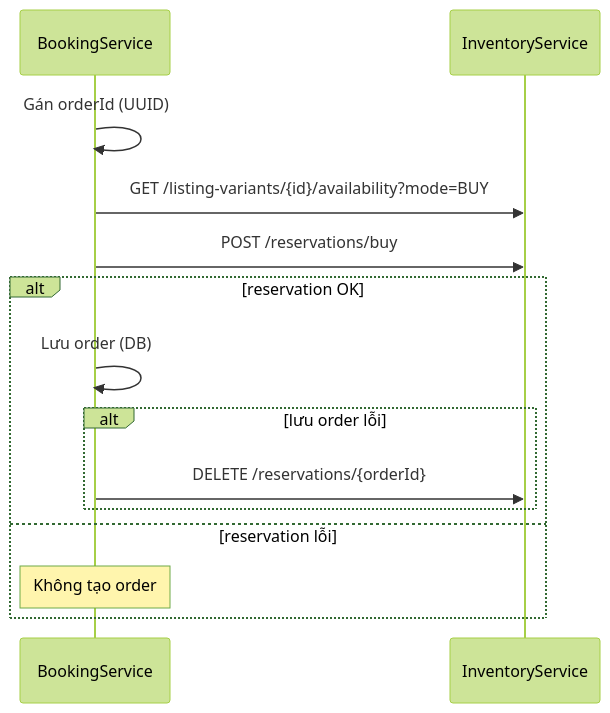
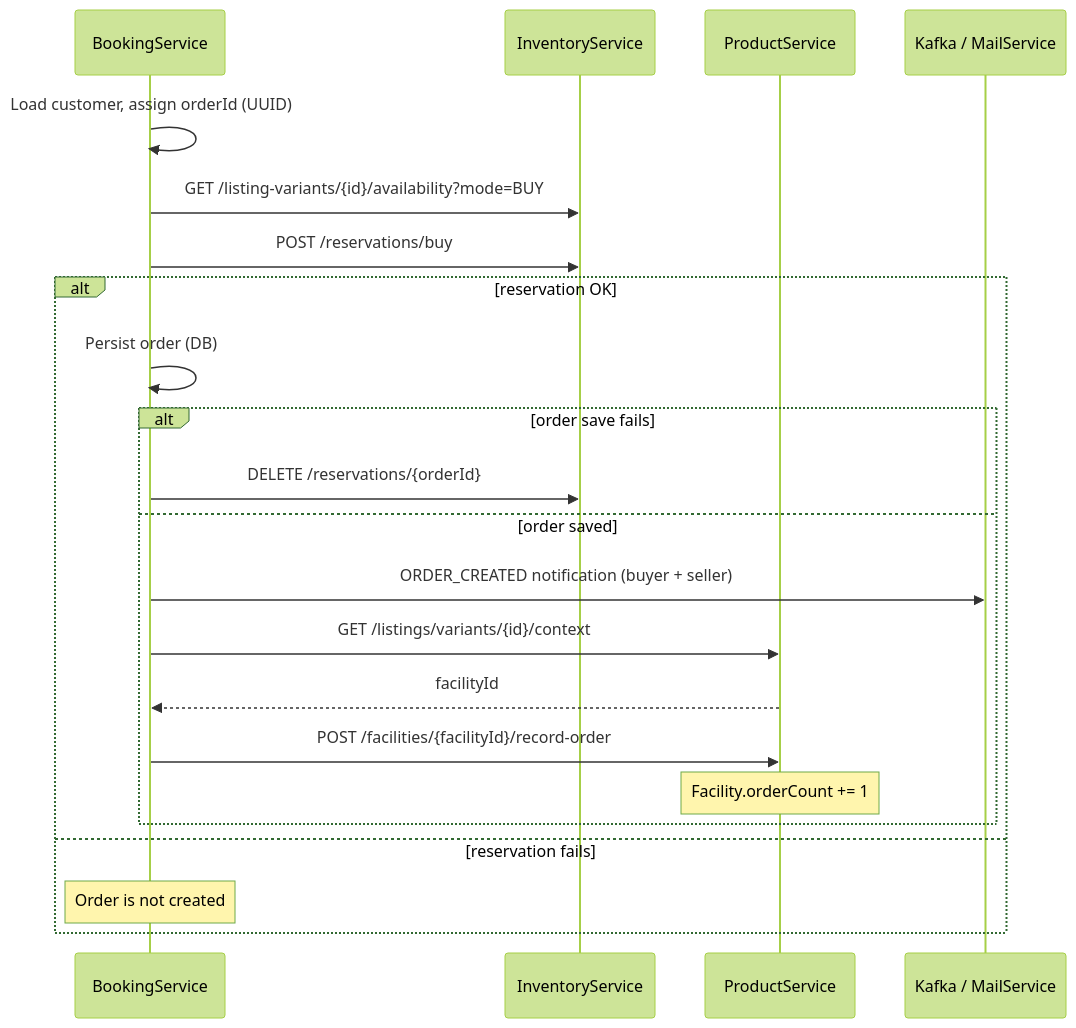
The second of 4 diagrams in bookingservice/README.md (Naodab/Second_Life), drawn with Mermaid (forest theme) before and after one commit. The commit also changed other lines of this file and 10 other files, not shown here.

````diff
--- a/bookingservice/README.md
+++ b/bookingservice/README.md
@@ -89,16 +151,24 @@
 ```mermaid
 sequenceDiagram
   participant B as BookingService
   participant I as InventoryService
-  B->>B: Gán orderId (UUID)
+  participant P as ProductService
+  participant K as Kafka / MailService
+  B->>B: Load customer, assign orderId (UUID)
   B->>I: GET /listing-variants/{id}/availability?mode=BUY
   B->>I: POST /reservations/buy
   alt reservation OK
-    B->>B: Lưu order (DB)
-    alt lưu order lỗi
+    B->>B: Persist order (DB)
+    alt order save fails
       B->>I: DELETE /reservations/{orderId}
+    else order saved
+      B->>K: ORDER_CREATED notification (buyer + seller)
+      B->>P: GET /listings/variants/{id}/context
+      P-->>B: facilityId
+      B->>P: POST /facilities/{facilityId}/record-order
+      Note over P: Facility.orderCount += 1
     end
-  else reservation lỗi
-    Note over B: Không tạo order
+  else reservation fails
+    Note over B: Order is not created
   end
 ```
````
